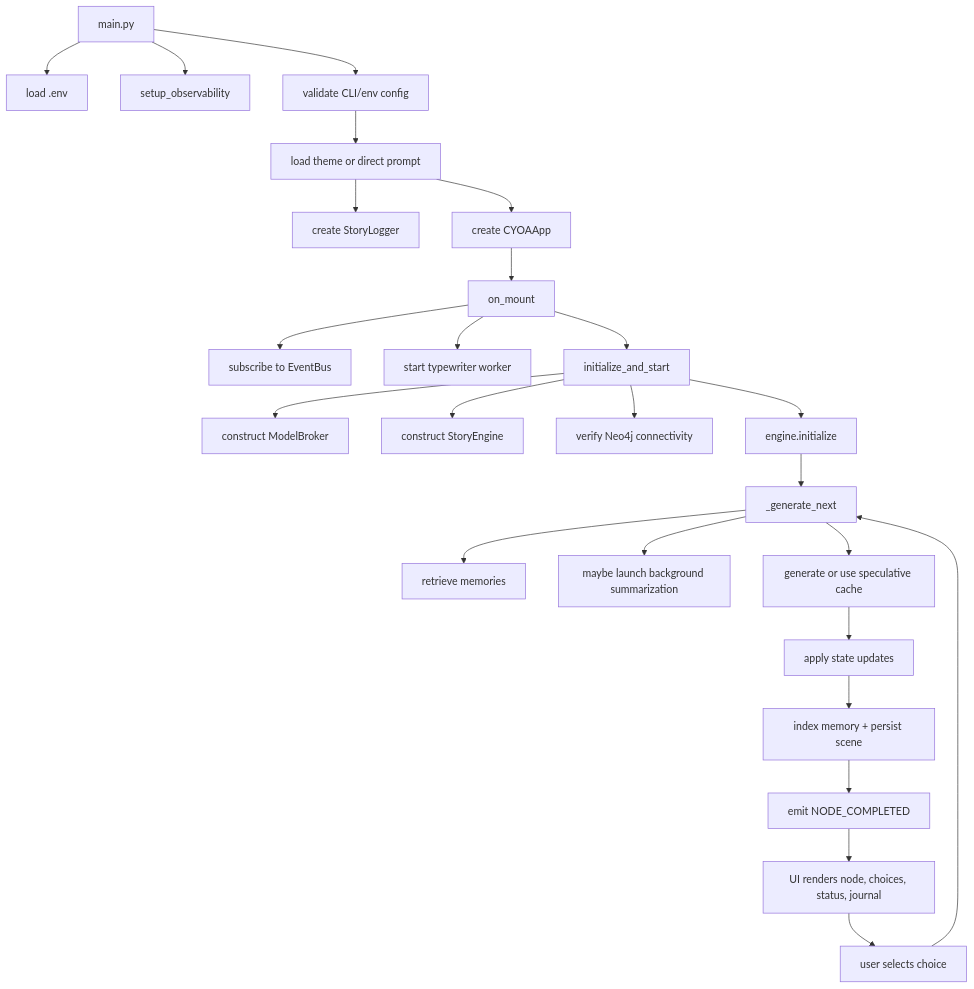
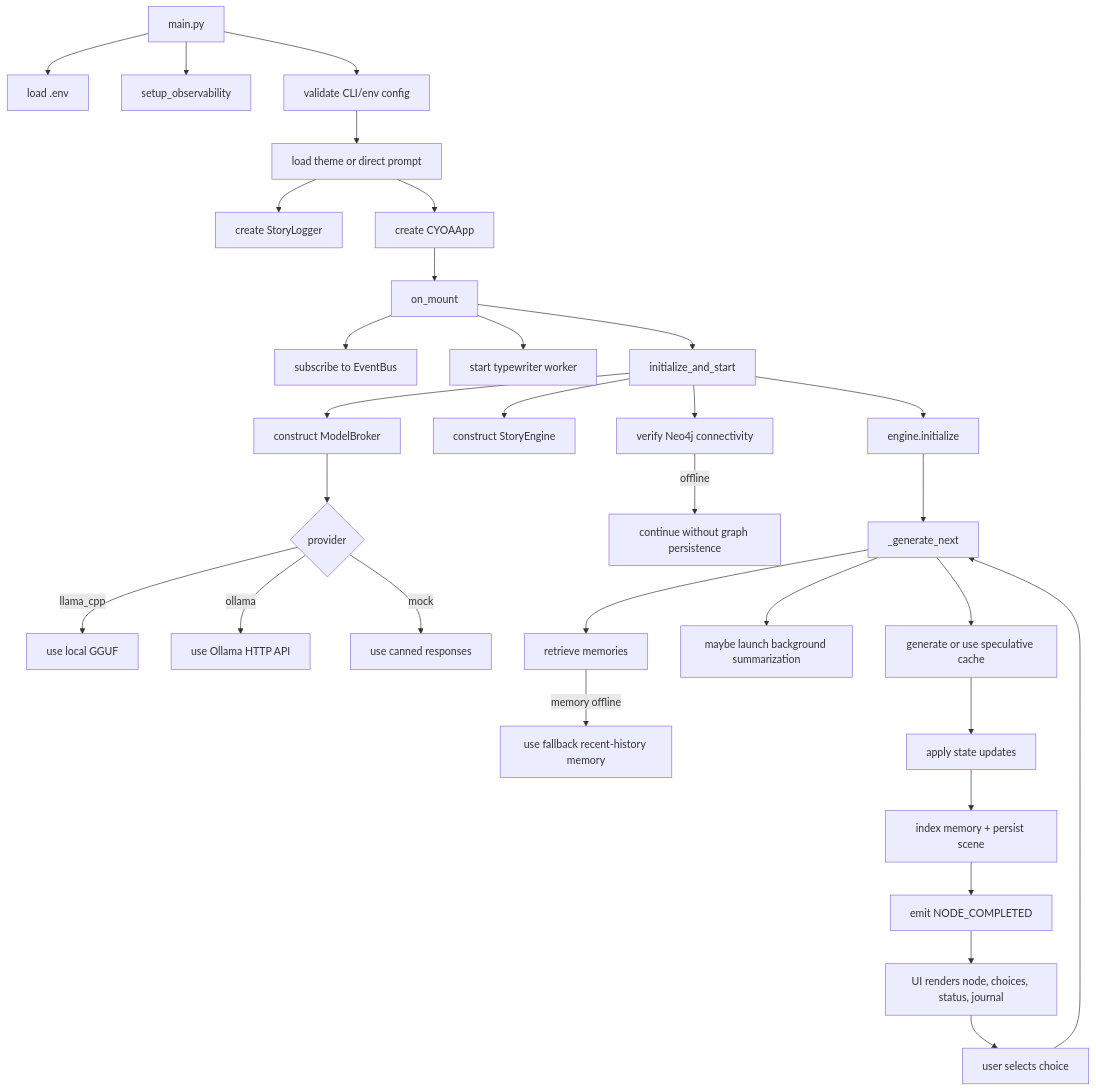
The diagram in CODEWIKI.md (KishanPipariya/CYOA_TUI), drawn with Mermaid before and after one commit. The commit also changed other lines of this file and 6 other files, not shown here.

````diff
--- a/CODEWIKI.md
+++ b/CODEWIKI.md
@@ -80,27 +80,33 @@
 ```mermaid
 flowchart TD
     A[main.py] --> B[load .env]
     A --> C[setup_observability]
     A --> D[validate CLI/env config]
     D --> E[load theme or direct prompt]
     E --> F[create StoryLogger]
     E --> G[create CYOAApp]
     G --> H[on_mount]
     H --> I[subscribe to EventBus]
     H --> J[start typewriter worker]
     H --> K[initialize_and_start]
     K --> L[construct ModelBroker]
+    L --> L1{provider}
+    L1 -->|llama_cpp| L2[use local GGUF]
+    L1 -->|ollama| L3[use Ollama HTTP API]
+    L1 -->|mock| L4[use canned responses]
     K --> M[construct StoryEngine]
     K --> N[verify Neo4j connectivity]
+    N -->|offline| N1[continue without graph persistence]
     K --> O[engine.initialize]
     O --> P[_generate_next]
     P --> Q[retrieve memories]
+    Q -->|memory offline| Q1[use fallback recent-history memory]
     P --> R[maybe launch background summarization]
     P --> S[generate or use speculative cache]
     S --> T[apply state updates]
     T --> U[index memory + persist scene]
     U --> V[emit NODE_COMPLETED]
     V --> W[UI renders node, choices, status, journal]
     W --> X[user selects choice]
     X --> P
 ```
````
